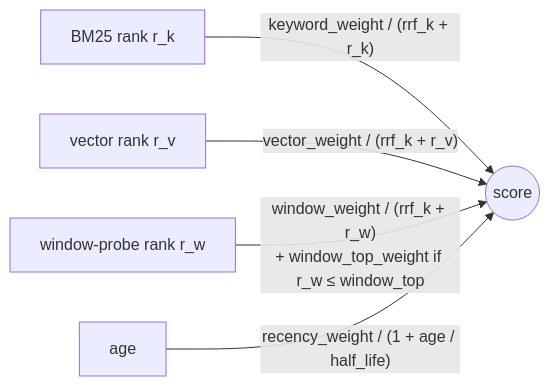
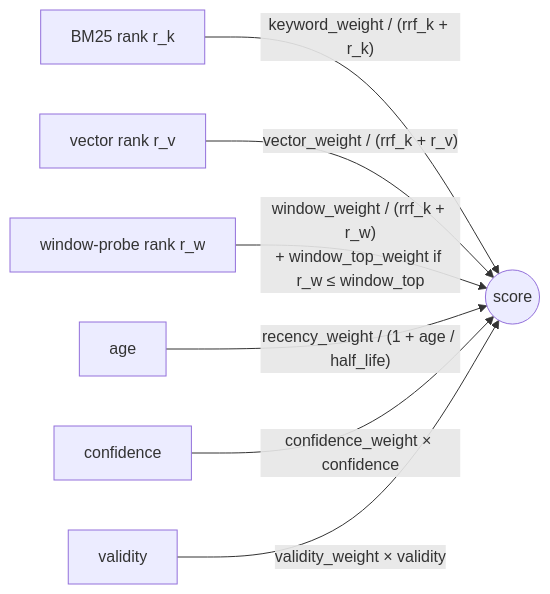
Before and after one commit to memhousehq/memhouse: the second of 2 diagrams in docs/configuration.md, drawn with Mermaid. The commit also changed other lines of this file and 29 other files, not shown here.

````diff
--- a/docs/configuration.md
+++ b/docs/configuration.md
@@ -274,7 +286,9 @@
 ```mermaid
 flowchart LR
     K["BM25 rank r_k"] -->|"keyword_weight / (rrf_k + r_k)"| S((score))
     V["vector rank r_v"] -->|"vector_weight / (rrf_k + r_v)"| S
     W["window-probe rank r_w"] -->|"window_weight / (rrf_k + r_w)<br/>+ window_top_weight if r_w ≤ window_top"| S
     A["age"] -->|"recency_weight / (1 + age / half_life)"| S
+    C["confidence"] -->|"confidence_weight × confidence"| S
+    L["validity"] -->|"validity_weight × validity"| S
 ```
````
